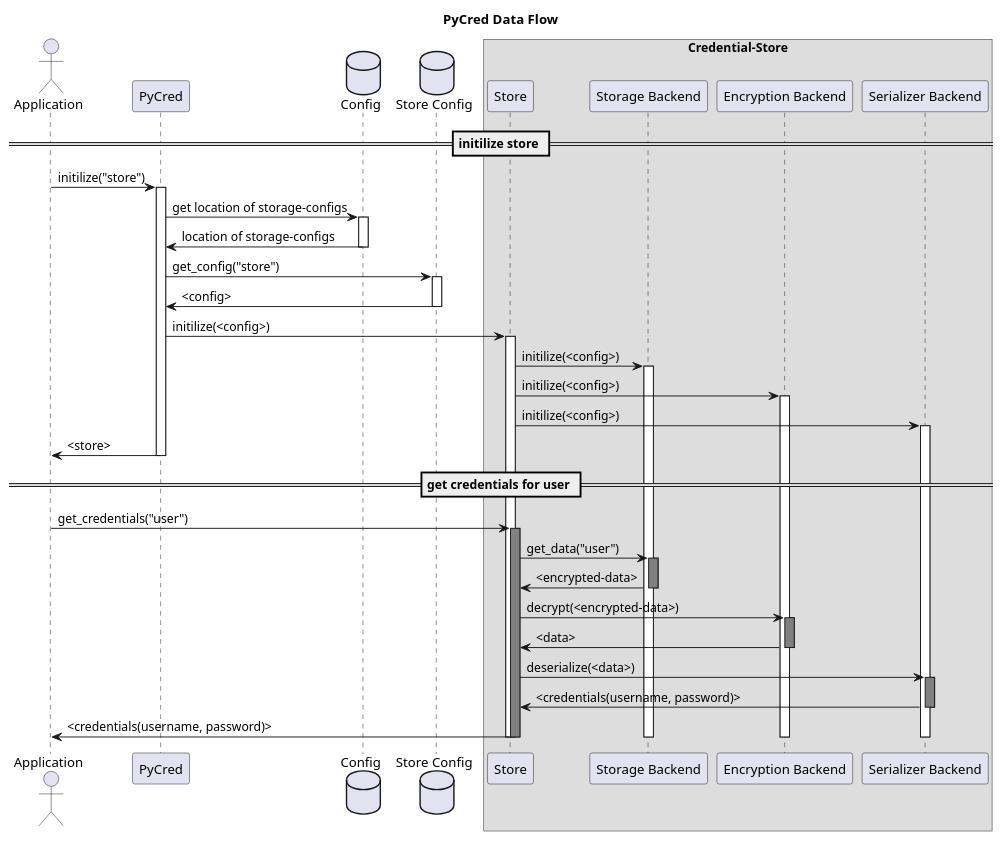
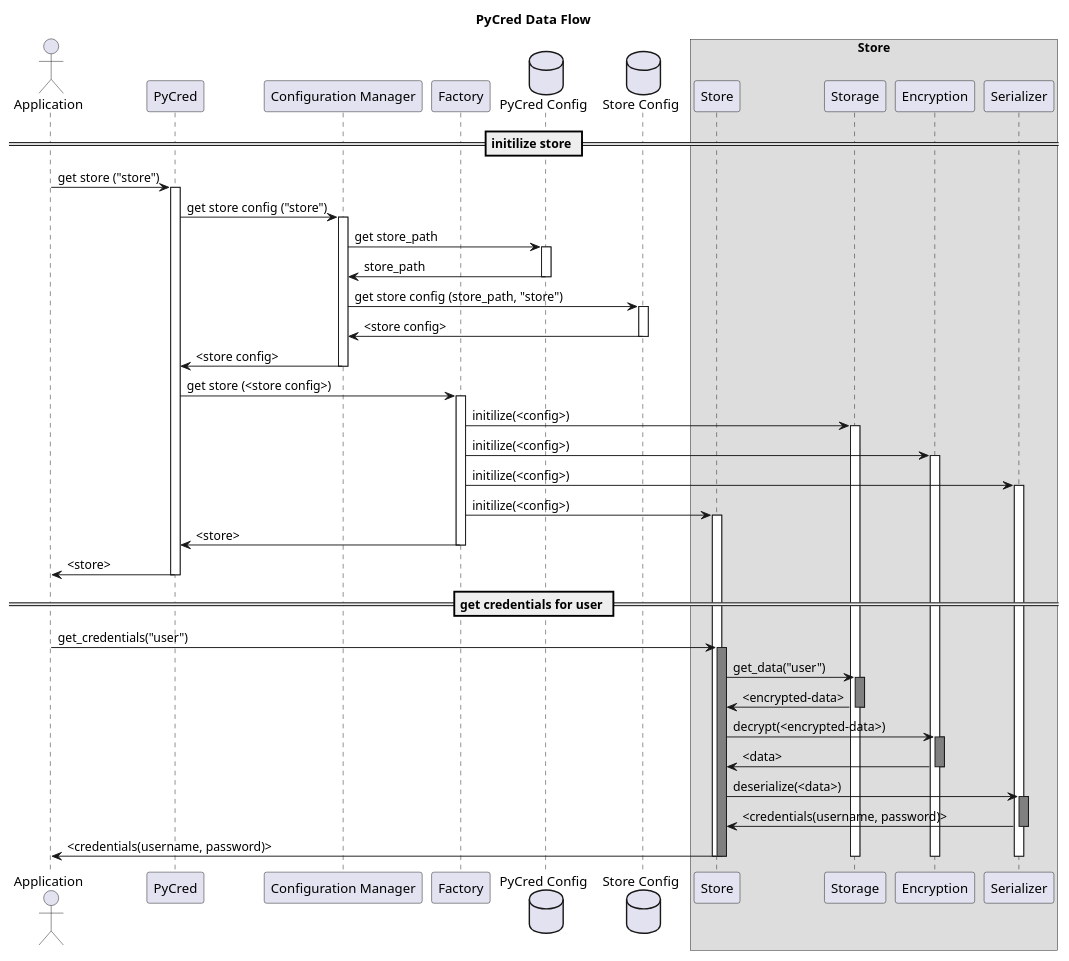
Before and after one commit to devconsoft/pycred: the diagram in doc/user_guide/architecture/dataflow.pu, drawn with PlantUML. The commit also changed 34 other files, not shown here.

```diff
--- a/doc/user_guide/architecture/dataflow.pu
+++ b/doc/user_guide/architecture/dataflow.pu
@@ -1,72 +1,82 @@
 @startuml
 
 title PyCred Data Flow
 
 actor Application as app
 participant PyCred as pycred
-database Config as config
+participant "Configuration Manager" as cm
+participant "Factory" as factory
+database "PyCred Config" as config
 database "Store Config" as storeconfig
-box "Credential-Store"
+box "Store"
 participant "Store" as store
-participant "Storage Backend" as storage
-participant "Encryption Backend" as encrypt
-participant "Serializer Backend" as serializer
+participant "Storage" as storage
+participant "Encryption" as encrypt
+participant "Serializer" as serializer
 end box
 
 == initilize store ==
 
-app -> pycred : initilize("store")
+app -> pycred : get store ("store")
 activate pycred
 
-pycred -> config : get location of storage-configs
+pycred -> cm: get store config ("store")
+activate cm
+
+cm -> config : get store_path
 activate config
-pycred <- config: location of storage-configs
+cm <- config : store_path
 deactivate config
+cm -> storeconfig : get store config (store_path, "store")
+activate storeconfig
+cm <- storeconfig : <store config>
+deactivate storeconfig
+pycred <- cm: <store config>
+deactivate cm
 
-pycred -> storeconfig : get_config("store")
-activate storeconfig
-pycred <- storeconfig : <config>
-deactivate storeconfig
-
-pycred -> store : initilize(<config>)
+pycred -> factory: get store (<store config>)
+activate factory
+factory -> storage : initilize(<config>)
+activate storage
+factory -> encrypt : initilize(<config>)
+activate encrypt
+factory -> serializer : initilize(<config>)
+activate serializer
+factory -> store : initilize(<config>)
 activate store
-store -> storage : initilize(<config>)
-activate storage
-store -> encrypt : initilize(<config>)
-activate encrypt
-store -> serializer : initilize(<config>)
-activate serializer
+pycred <- factory: <store>
+deactivate factory
 
 app <- pycred : <store>
 deactivate pycred
 
 == get credentials for user ==
 
 app -> store: get_credentials("user")
 activate store #gray
 
 store -> storage : get_data("user")
 activate storage #gray
 store <- storage : <encrypted-data>
 deactivate storage
 
 store -> encrypt : decrypt(<encrypted-data>)
 activate encrypt #gray
 store <- encrypt : <data>
 deactivate encrypt
 
 store -> serializer : deserialize(<data>)
 activate serializer #gray
 store <- serializer : <credentials(username, password)>
 deactivate serializer
 
 app <- store : <credentials(username, password)>
 deactivate store
 
 deactivate store
 deactivate storage
 deactivate encrypt
 deactivate serializer
 
 
 @enduml
```
